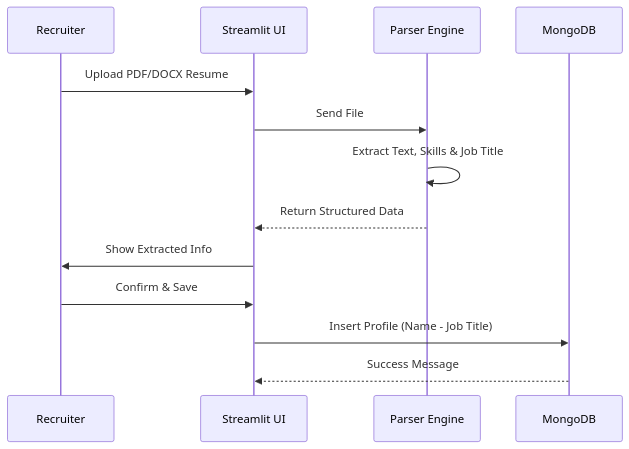
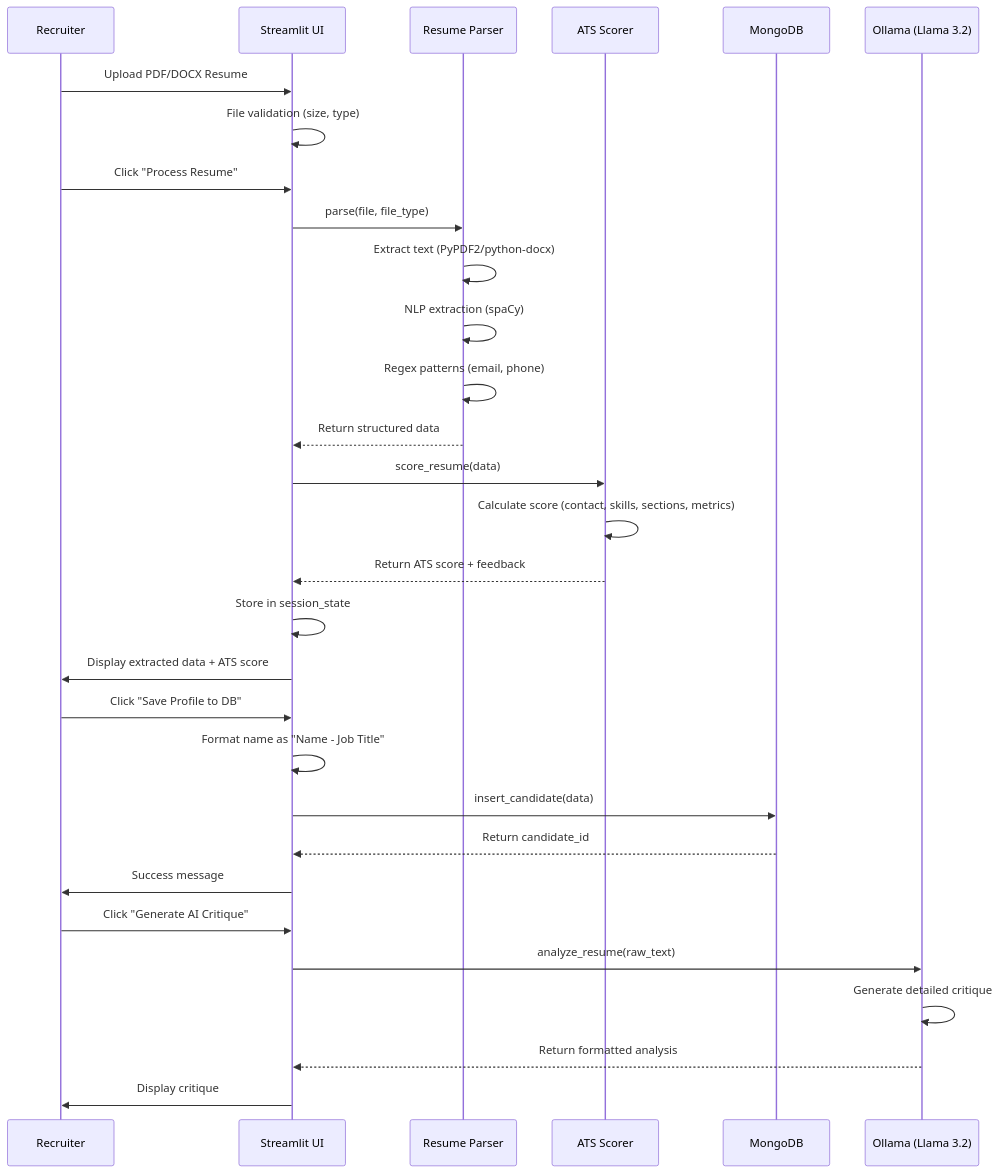
Before and after one commit to rajan170/ai-resume-analyzer: the second of 4 diagrams in tech_spec.md, drawn with Mermaid. The commit also changed other lines of this file and 5 other files, not shown here.

````diff
--- a/tech_spec.md
+++ b/tech_spec.md
@@ -30,16 +97,38 @@
 ```mermaid
 sequenceDiagram
-    participant Recruiter
+    participant User as Recruiter
     participant UI as Streamlit UI
-    participant Parser as Parser Engine
+    participant Parser as Resume Parser
+    participant Scorer as ATS Scorer
     participant DB as MongoDB
+    participant LLM as Ollama (Llama 3.2)
 
-    Recruiter->>UI: Upload PDF/DOCX Resume
-    UI->>Parser: Send File
-    Parser->>Parser: Extract Text, Skills & Job Title
-    Parser-->>UI: Return Structured Data
-    UI->>Recruiter: Show Extracted Info
-    Recruiter->>UI: Confirm & Save
-    UI->>DB: Insert Profile (Name - Job Title)
-    DB-->>UI: Success Message
+    User->>UI: Upload PDF/DOCX Resume
+    UI->>UI: File validation (size, type)
+    User->>UI: Click "Process Resume"
+    
+    UI->>Parser: parse(file, file_type)
+    Parser->>Parser: Extract text (PyPDF2/python-docx)
+    Parser->>Parser: NLP extraction (spaCy)
+    Parser->>Parser: Regex patterns (email, phone)
+    Parser-->>UI: Return structured data
+    
+    UI->>Scorer: score_resume(data)
+    Scorer->>Scorer: Calculate score (contact, skills, sections, metrics)
+    Scorer-->>UI: Return ATS score + feedback
+    
+    UI->>UI: Store in session_state
+    UI->>User: Display extracted data + ATS score
+    
+    User->>UI: Click "Save Profile to DB"
+    UI->>UI: Format name as "Name - Job Title"
+    UI->>DB: insert_candidate(data)
+    DB-->>UI: Return candidate_id
+    UI->>User: Success message
+    
+    User->>UI: Click "Generate AI Critique"
+    UI->>LLM: analyze_resume(raw_text)
+    LLM->>LLM: Generate detailed critique
+    LLM-->>UI: Return formatted analysis
+    UI->>User: Display critique
 ```
````
